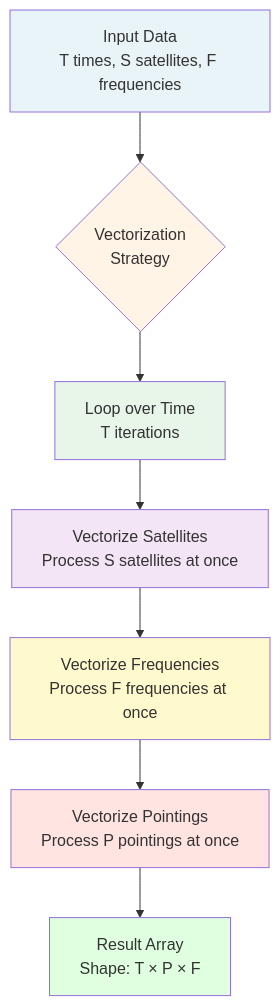
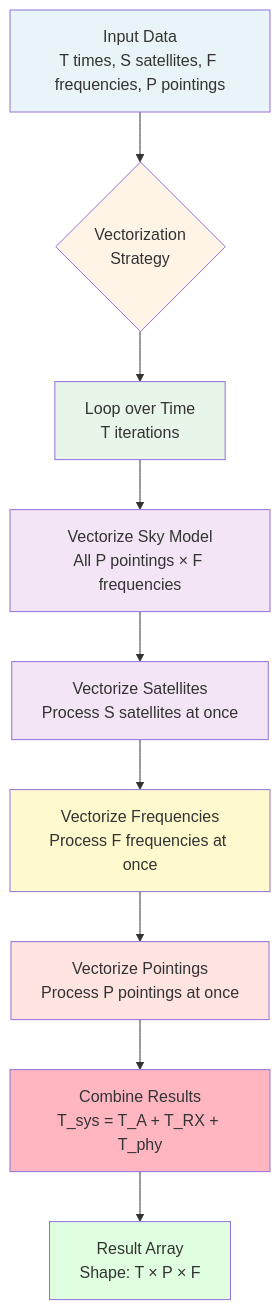
The seventh of 7 diagrams in Documentation/ARCHITECTURE_MERMAID.md (spectrumx/RSC-SIM), drawn with Mermaid before and after one commit. The commit also changed other lines of this file, not shown here.

````diff
--- a/Documentation/ARCHITECTURE_MERMAID.md
+++ b/Documentation/ARCHITECTURE_MERMAID.md
@@ -280,22 +350,28 @@
 ```mermaid
 flowchart TD
-    Data[Input Data<br/>T times, S satellites, F frequencies] --> Strategy{Vectorization<br/>Strategy}
+    Data[Input Data<br/>T times, S satellites, F frequencies, P pointings] --> Strategy{Vectorization<br/>Strategy}
     
     Strategy --> Loop[Loop over Time<br/>T iterations]
     
-    Loop --> VecSat[Vectorize Satellites<br/>Process S satellites at once]
+    Loop --> VecSky[Vectorize Sky Model<br/>All P pointings × F frequencies]
+    
+    VecSky --> VecSat[Vectorize Satellites<br/>Process S satellites at once]
     
     VecSat --> VecFreq[Vectorize Frequencies<br/>Process F frequencies at once]
     
     VecFreq --> VecPoint[Vectorize Pointings<br/>Process P pointings at once]
     
-    VecPoint --> Result[Result Array<br/>Shape: T × P × F]
+    VecPoint --> Combine[Combine Results<br/>T_sys = T_A + T_RX + T_phy]
+    
+    Combine --> Result[Result Array<br/>Shape: T × P × F]
     
     style Data fill:#E8F4F8
     style Strategy fill:#FFF4E6
     style Loop fill:#E8F5E9
+    style VecSky fill:#F3E5F5
     style VecSat fill:#F3E5F5
     style VecFreq fill:#FFFACD
     style VecPoint fill:#FFE4E1
+    style Combine fill:#FFB6C1
     style Result fill:#E0FFE0
 ```
````
